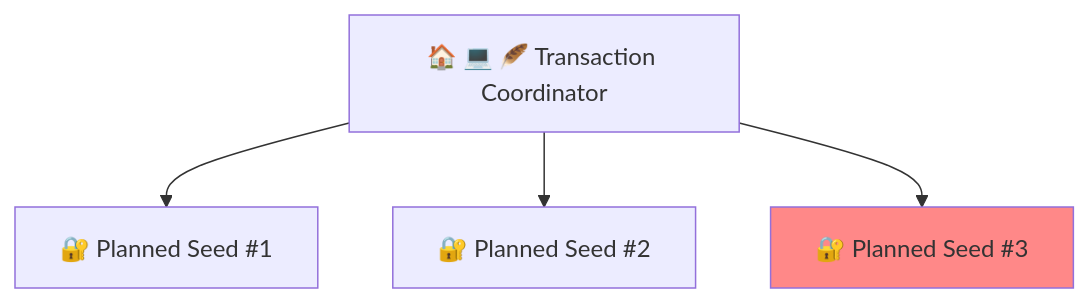
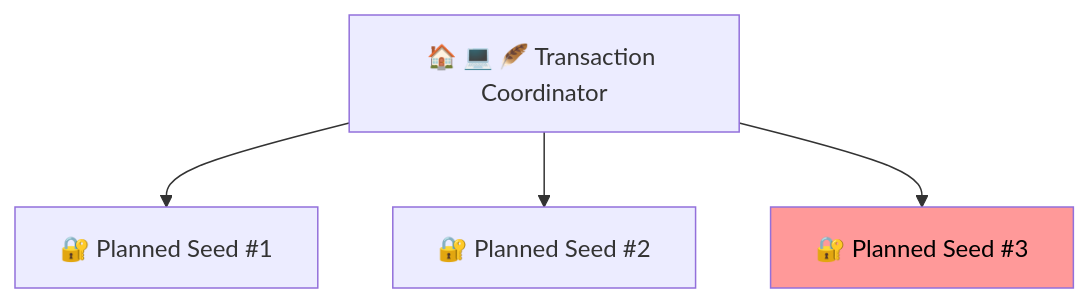
One commit to BlockchainCommons/SmartCustody changed the eighth of 26 diagrams in Docs/Scenario-Multisig.md. Above: the diagram before and after it, drawn with Mermaid. The commit also changed other lines of this file, not shown here.

````diff
--- a/Docs/Scenario-Multisig.md
+++ b/Docs/Scenario-Multisig.md
@@ -302,12 +302,12 @@
 ```mermaid
     graph TD;
     A["🏠 💻 🪶 Transaction Coordinator"]
     B["🔐 Planned Seed #1"]
     C["🔐 Planned Seed #2"]
     D["🔐 Planned Seed #3"]    
     A-->B
     A-->C;
     A-->D;
     
-style D fill:#ff8888;
+style D color:#000,fill:#ff9999;
 ```
````
